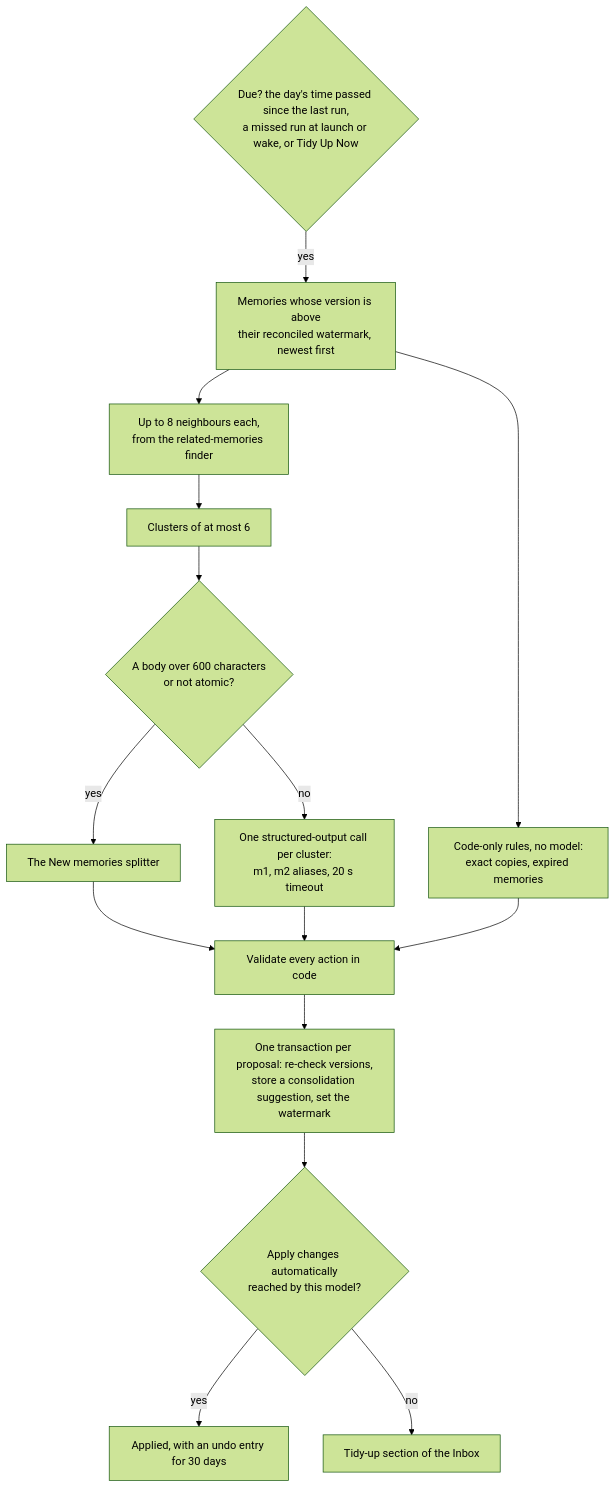
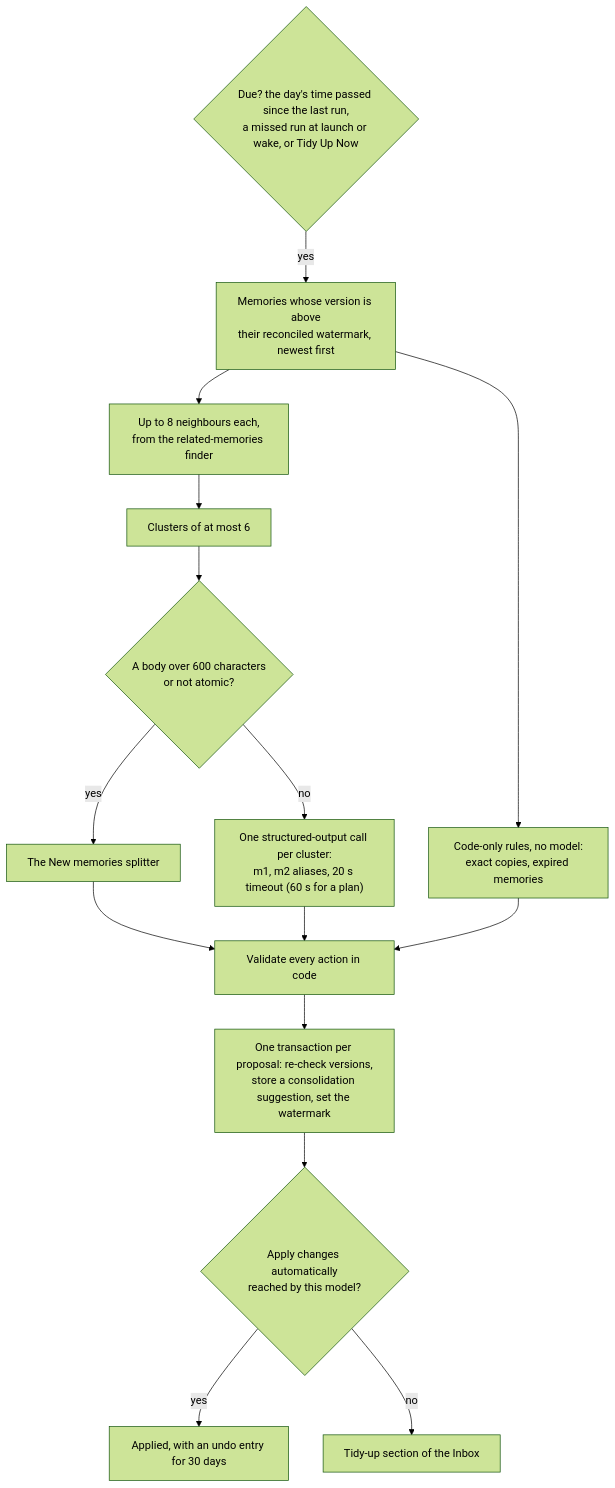
Before and after one commit to bereciartua/funes-vault-app: diagram 12 of 17 in docs/ARCHITECTURE.md, drawn with Mermaid (forest theme). The commit also changed other lines of this file and 15 other files, not shown here.

````diff
--- a/docs/ARCHITECTURE.md
+++ b/docs/ARCHITECTURE.md
@@ -457,17 +473,17 @@
 ```mermaid
 flowchart TD
     DUE{"Due? the day's time passed since the last run,<br/>a missed run at launch or wake, or Tidy Up Now"} -->|yes| PICK["Memories whose version is above<br/>their reconciled watermark, newest first"]
     PICK --> CODE["Code-only rules, no model:<br/>exact copies, expired memories"]
     PICK --> NB["Up to 8 neighbours each,<br/>from the related-memories finder"]
     NB --> CL["Clusters of at most 6"]
     CL --> LONG{"A body over 600 characters<br/>or not atomic?"}
     LONG -->|yes| SPL["The New memories splitter"]
-    LONG -->|no| CALL["One structured-output call per cluster:<br/>m1, m2 aliases, 20 s timeout"]
+    LONG -->|no| CALL["One structured-output call per cluster:<br/>m1, m2 aliases, 20 s timeout (60 s for a plan)"]
     SPL --> VAL
     CALL --> VAL["Validate every action in code"]
     CODE --> VAL
     VAL --> ST["One transaction per proposal: re-check versions,<br/>store a consolidation suggestion, set the watermark"]
     ST --> AA{"Apply changes automatically<br/>reached by this model?"}
     AA -->|yes| UNDO["Applied, with an undo entry for 30 days"]
     AA -->|no| INBOX["Tidy-up section of the Inbox"]
 ```
````
